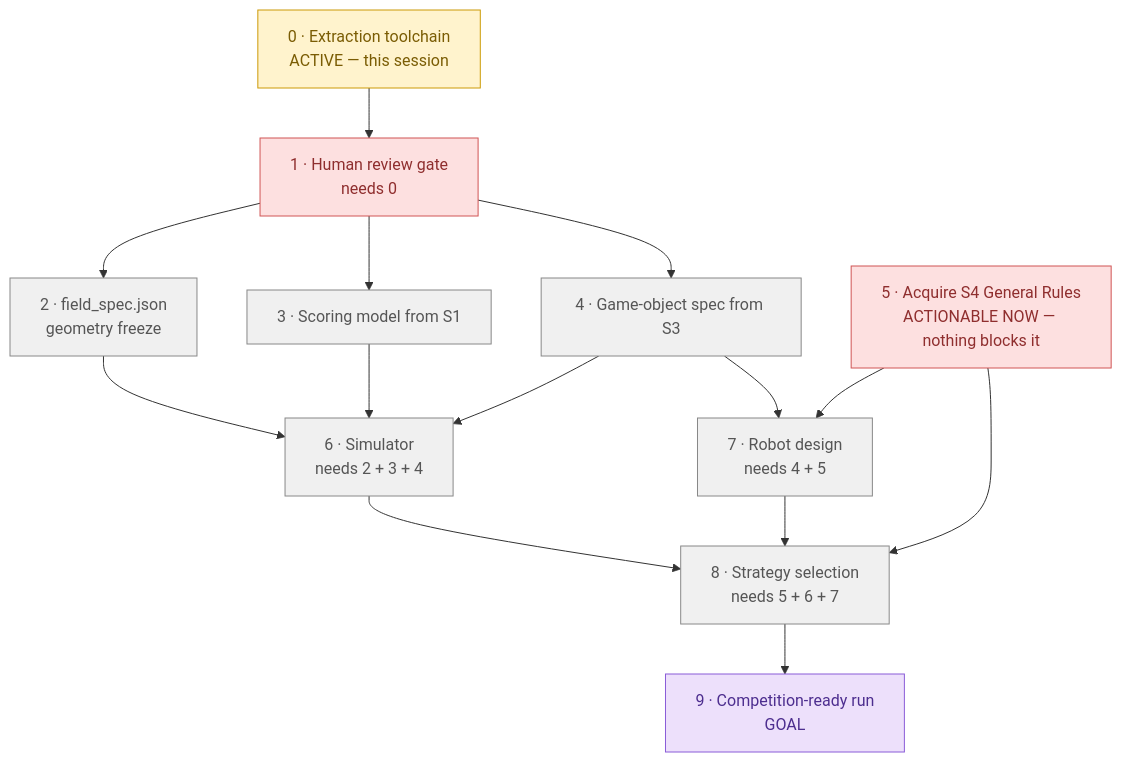
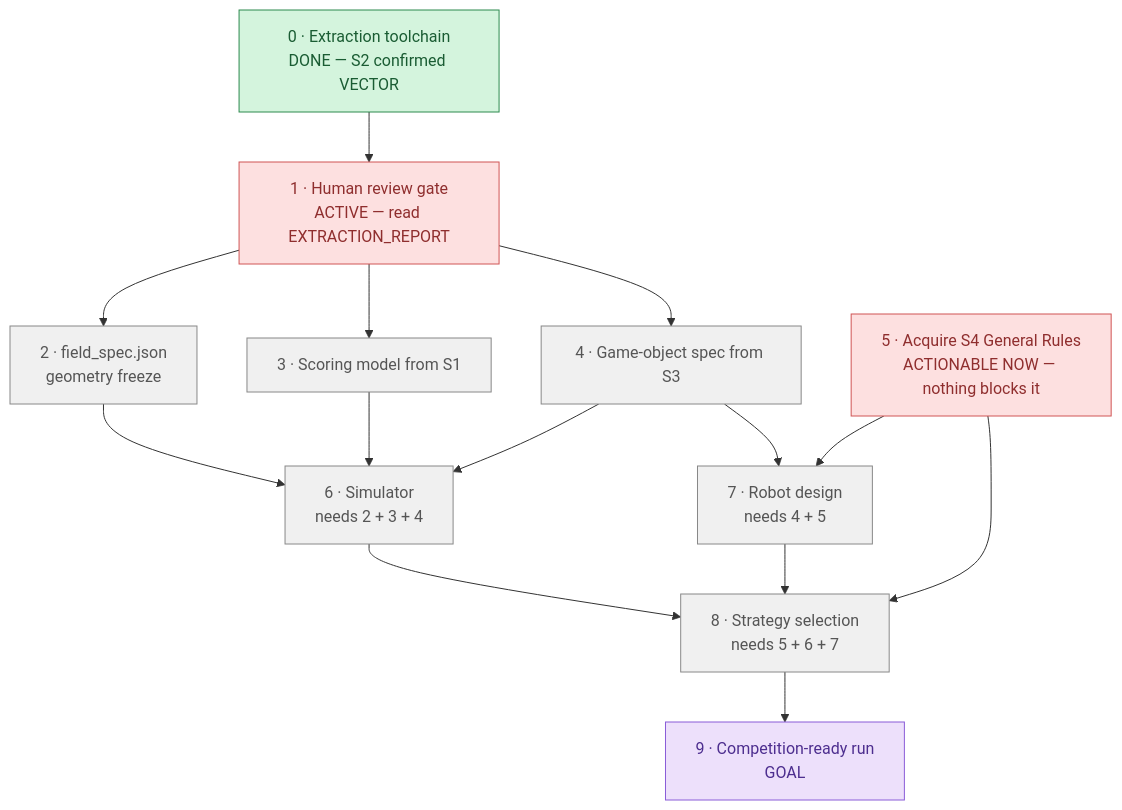
One commit to lumduan/wro-2026 changed the diagram in docs/plans/ROADMAP.md. Above: the diagram before and after it, drawn with Mermaid. The commit also changed other lines of this file and 13 other files, not shown here.

First line of the commit message:
docs: extraction report for S1/S2/S3 - S2 confirmed VECTOR, mat 2361.999 x 1143.000 mm

````diff
--- a/docs/plans/ROADMAP.md
+++ b/docs/plans/ROADMAP.md
@@ -7,28 +7,28 @@
 ```mermaid
 flowchart TD
-    P0["0 · Extraction toolchain<br/>ACTIVE — this session"] --> P1["1 · Human review gate<br/>needs 0"]
+    P0["0 · Extraction toolchain<br/>DONE — S2 confirmed VECTOR"] --> P1["1 · Human review gate<br/>ACTIVE — read EXTRACTION_REPORT"]
     P1 --> P2["2 · field_spec.json<br/>geometry freeze"]
     P1 --> P3["3 · Scoring model from S1"]
     P1 --> P4["4 · Game-object spec from S3"]
     P2 --> P6["6 · Simulator<br/>needs 2 + 3 + 4"]
     P3 --> P6
     P4 --> P6
     P5["5 · Acquire S4 General Rules<br/>ACTIONABLE NOW — nothing blocks it"] --> P7["7 · Robot design<br/>needs 4 + 5"]
     P4 --> P7
     P6 --> P8["8 · Strategy selection<br/>needs 5 + 6 + 7"]
     P7 --> P8
     P5 --> P8
     P8 --> P9["9 · Competition-ready run<br/>GOAL"]
 
     classDef done     fill:#d4f4dd,stroke:#2d8a4e,color:#1a5c33
     classDef active   fill:#fff3cd,stroke:#cc9a06,color:#7a5c04
     classDef ready    fill:#d6e9ff,stroke:#3b7dd8,color:#1e4d8f
     classDef blocked  fill:#f0f0f0,stroke:#888,color:#555
     classDef decision fill:#fde0e0,stroke:#d05555,color:#8f2e2e
     classDef goal     fill:#ede0fb,stroke:#8a5cd8,color:#4d2e8f
 
-    class P0 active
+    class P0 done
     class P1,P5 decision
     class P2,P3,P4,P6,P7,P8 blocked
     class P9 goal
 ```
````
